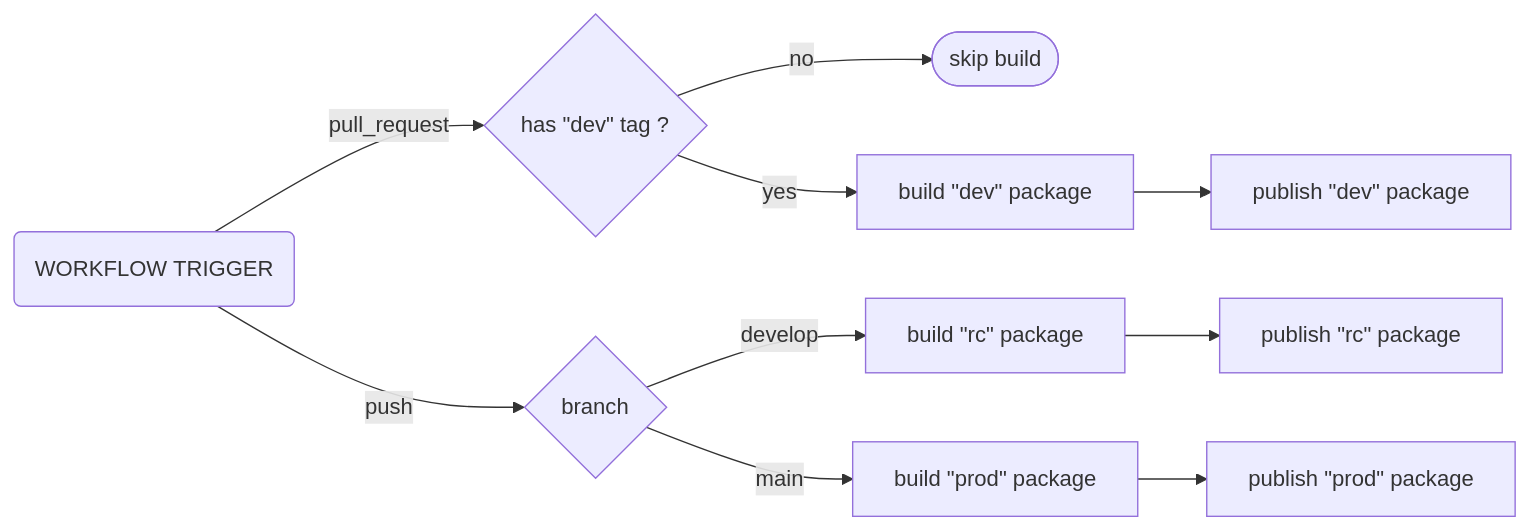
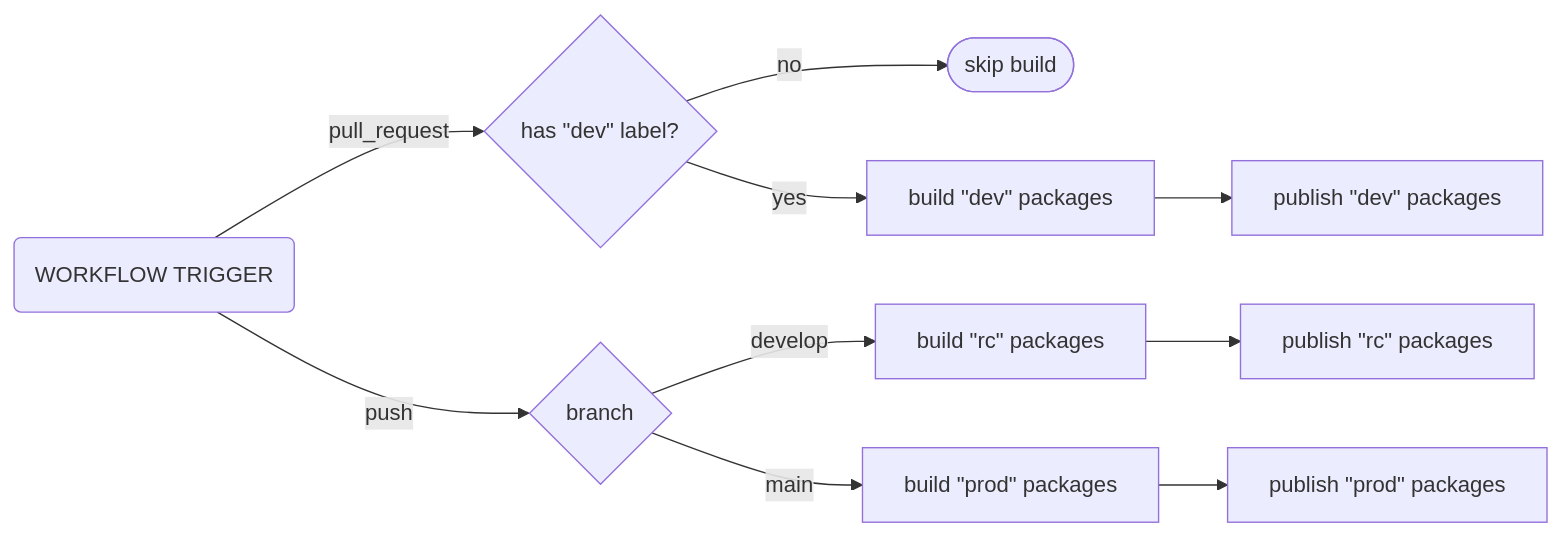
One commit to lifaon74/fabrique changed the diagram in CONTRIBUTING.md. Above: the diagram before and after it, drawn with Mermaid. The commit also changed other lines of this file and 2 other files, not shown here.

````diff
--- a/CONTRIBUTING.md
+++ b/CONTRIBUTING.md
@@ -93,26 +94,26 @@
 ```mermaid
 flowchart LR
   EVENT("WORKFLOW TRIGGER")
-  HAS_DEV_TAG{"has &quotdev&quot tag ?"}
+  HAS_DEV_TAG{"has &quot;dev&quot; label?"}
   SKIP_BUILD(["skip build"])
-  BUILD_DEV_PACKAGES["build &quotdev&quot package"]
-  PUBLISH_DEV_PACKAGES["publish &quotdev&quot package"]
-  BUILD_RC_PACKAGES["build &quotrc&quot package"]
-  PUBLISH_RC_PACKAGES["publish &quotrc&quot package"]
-  BUILD_PROD_PACKAGES["build &quotprod&quot package"]
-  PUBLISH_PROD_PACKAGES["publish &quotprod&quot package"]
+  BUILD_DEV_PACKAGES["build &quot;dev&quot; packages"]
+  PUBLISH_DEV_PACKAGES["publish &quot;dev&quot; packages"]
+  BUILD_RC_PACKAGES["build &quot;rc&quot; packages"]
+  PUBLISH_RC_PACKAGES["publish &quot;rc&quot; packages"]
+  BUILD_PROD_PACKAGES["build &quot;prod&quot; packages"]
+  PUBLISH_PROD_PACKAGES["publish &quot;prod&quot; packages"]
   TARGET_BRANCH{"branch"}
 
   EVENT -- "pull_request" --> HAS_DEV_TAG
   HAS_DEV_TAG -- "no" --> SKIP_BUILD
   HAS_DEV_TAG -- "yes" --> BUILD_DEV_PACKAGES
   BUILD_DEV_PACKAGES --> PUBLISH_DEV_PACKAGES
 
   EVENT -- "push" --> TARGET_BRANCH
 
   TARGET_BRANCH -- "develop" --> BUILD_RC_PACKAGES
   BUILD_RC_PACKAGES --> PUBLISH_RC_PACKAGES
 
   TARGET_BRANCH -- "main" --> BUILD_PROD_PACKAGES
   BUILD_PROD_PACKAGES --> PUBLISH_PROD_PACKAGES
 ```
````
